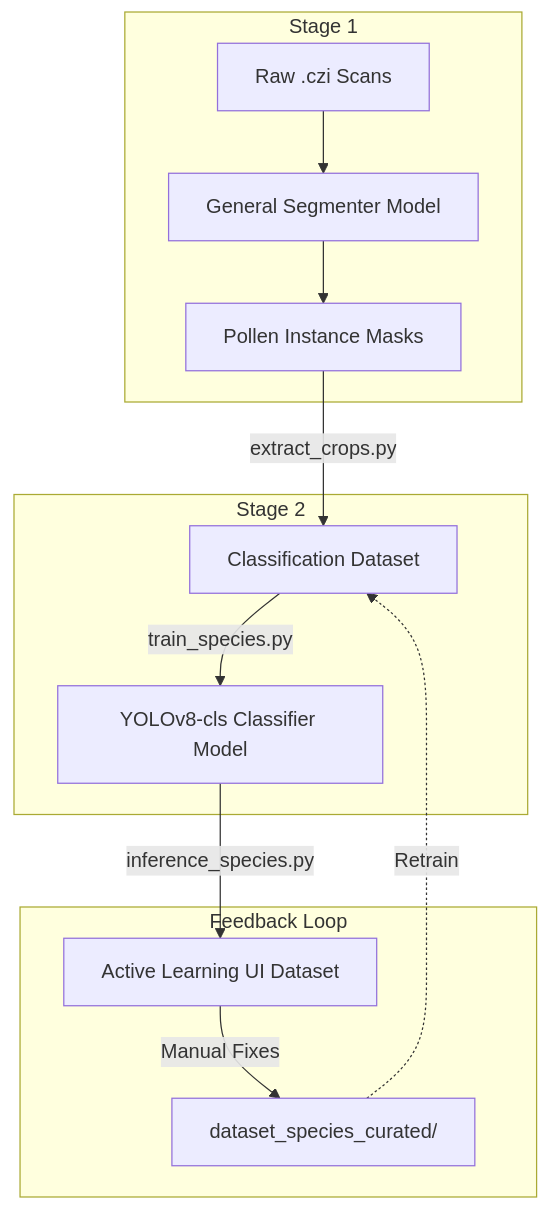
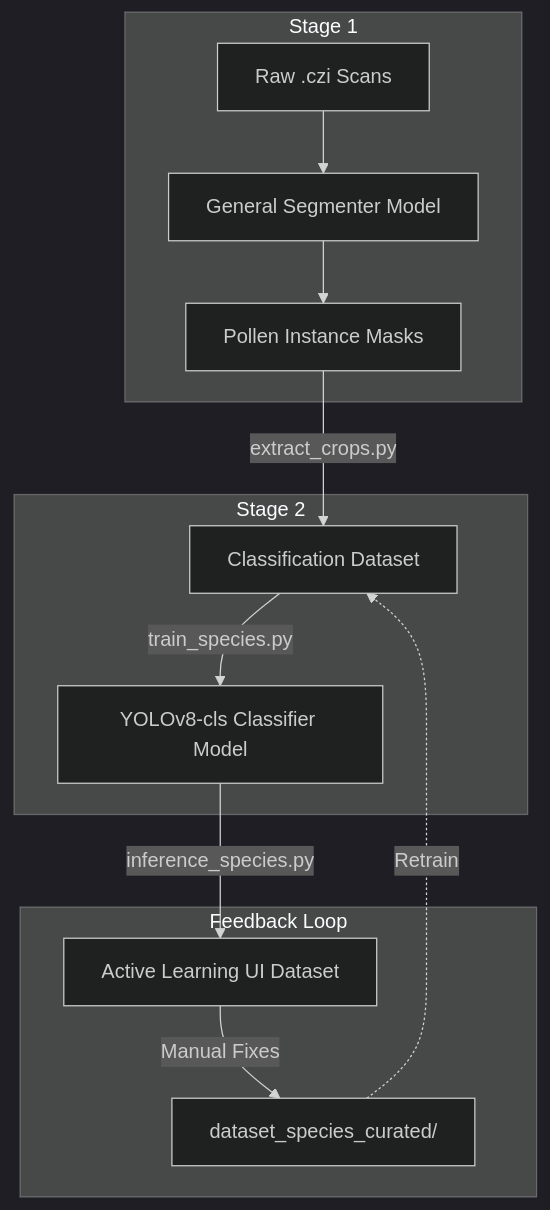
The diagram in tutorials/species_pipeline.qmd (jakubstenc/Colorado_pollen_detection), drawn with Mermaid before and after one commit. The commit also changed 4 other files, not shown here.

Commit message:
feat: apply dark theme to all Mermaid diagrams in documentation and tutorials

````diff
--- a/tutorials/species_pipeline.qmd
+++ b/tutorials/species_pipeline.qmd
@@ -16,16 +16,17 @@
 ```{mermaid}
+%%{init: {'theme': 'dark'}}%%
 graph TD
   subgraph Stage 1
-    A[Raw .czi Scans] --> B[General Segmenter Model]
-    B --> C[Pollen Instance Masks]
+    A["Raw .czi Scans"] --> B["General Segmenter Model"]
+    B --> C["Pollen Instance Masks"]
   end
   subgraph Stage 2
-    C -->|extract_crops.py| D[Classification Dataset]
-    D -->|train_species.py| E[YOLOv8-cls Classifier Model]
+    C -->|extract_crops.py| D["Classification Dataset"]
+    D -->|train_species.py| E["YOLOv8-cls Classifier Model"]
   end
   subgraph Feedback Loop
-    E -->|inference_species.py| F[Active Learning UI Dataset]
-    F -->|Manual Fixes| G[dataset_species_curated/]
+    E -->|inference_species.py| F["Active Learning UI Dataset"]
+    F -->|Manual Fixes| G["dataset_species_curated/"]
     G -.->|Retrain| D
   end
 ```
````
